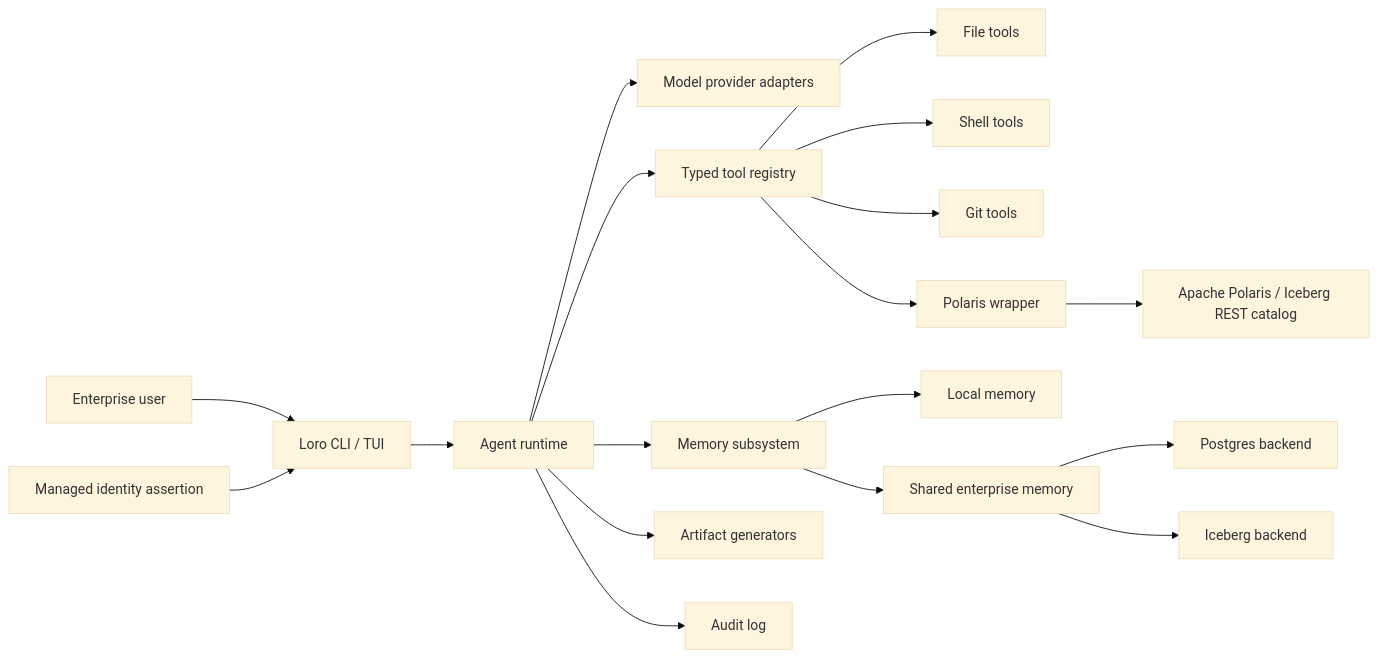
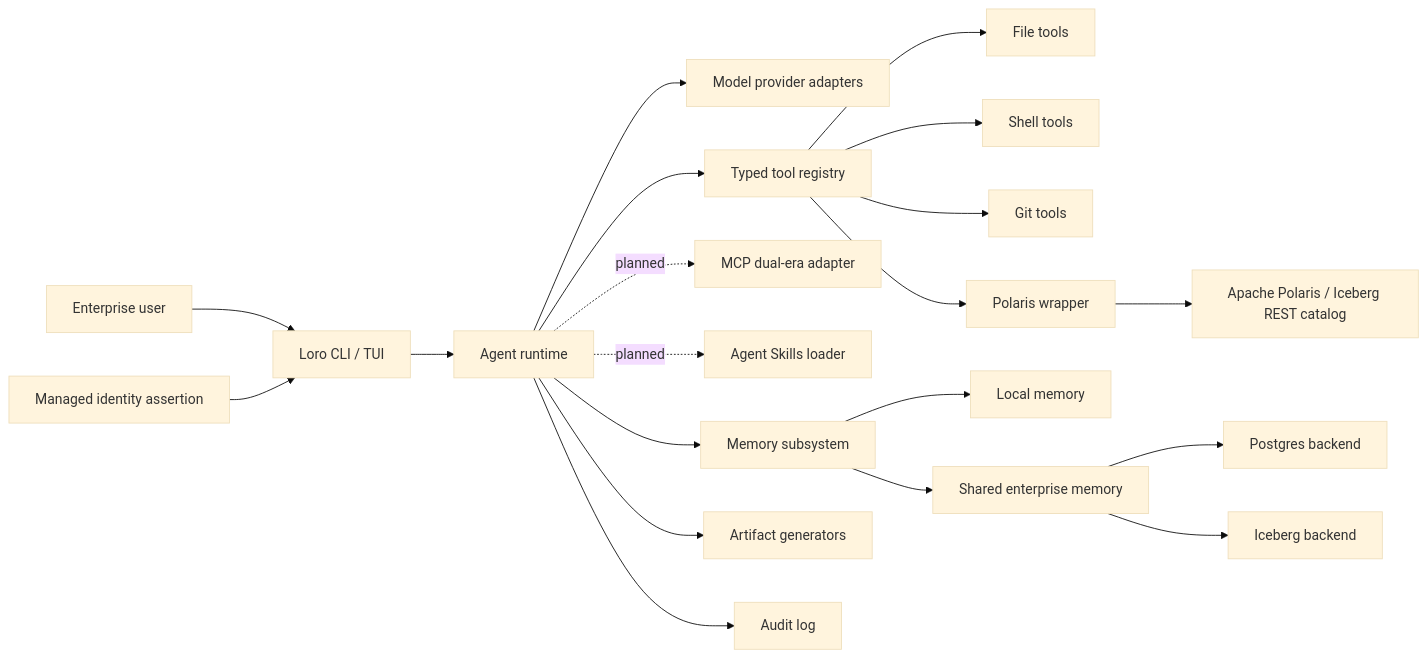
One commit to alexmerced-oss/loro changed the diagram in ARCHITECTURE.md. Above: the diagram before and after it, drawn with Mermaid (base theme). The commit also changed other lines of this file and 8 other files, not shown here.

Commit message:
Document dual-era MCP and Agent Skills roadmap

````diff
--- a/ARCHITECTURE.md
+++ b/ARCHITECTURE.md
@@ -7,20 +7,22 @@
 ```mermaid
 flowchart LR
   User["Enterprise user"] --> CLI["Loro CLI / TUI"]
   Identity["Managed identity assertion"] --> CLI
   CLI --> Runtime["Agent runtime"]
   Runtime --> Models["Model provider adapters"]
   Runtime --> Tools["Typed tool registry"]
+  Runtime -. planned .-> MCP["MCP dual-era adapter"]
+  Runtime -. planned .-> Skills["Agent Skills loader"]
   Runtime --> Memory["Memory subsystem"]
   Runtime --> Artifacts["Artifact generators"]
   Runtime --> Audit["Audit log"]
   Tools --> Files["File tools"]
   Tools --> Shell["Shell tools"]
   Tools --> Git["Git tools"]
   Tools --> Polaris["Polaris wrapper"]
   Memory --> Local["Local memory"]
   Memory --> Shared["Shared enterprise memory"]
   Shared --> Postgres["Postgres backend"]
   Shared --> Iceberg["Iceberg backend"]
   Polaris --> Catalog["Apache Polaris / Iceberg REST catalog"]
 ```
````
